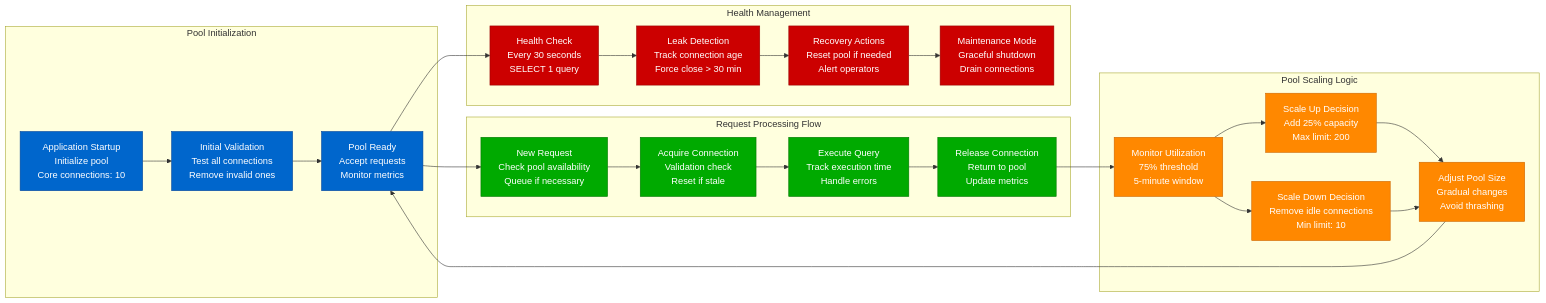
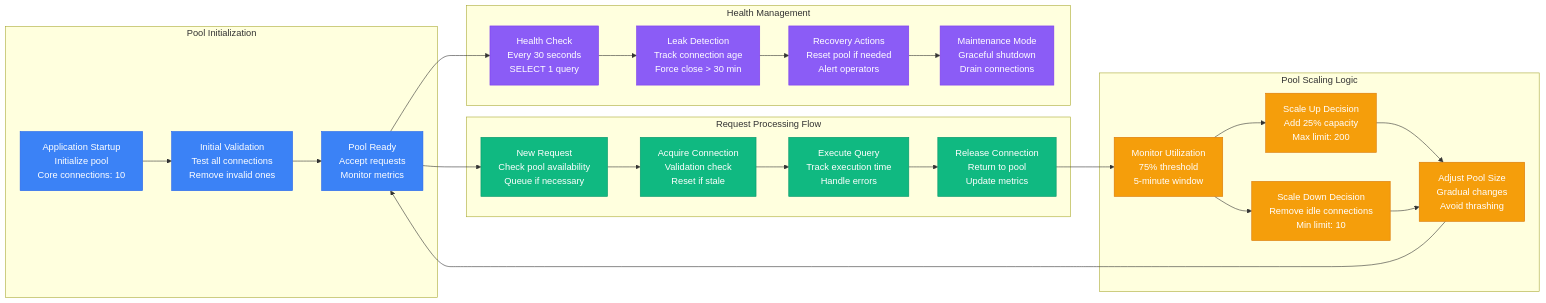
The second of 2 diagrams in site/docs/capacity/database-connection-pooling-optimization.md (deepaucksharma/DS), drawn with Mermaid before and after one commit. The commit also changed other lines of this file and 187 other files, not shown here.

````diff
--- a/site/docs/capacity/database-connection-pooling-optimization.md
+++ b/site/docs/capacity/database-connection-pooling-optimization.md
@@ -531,56 +531,56 @@
 ```mermaid
 graph LR
     subgraph PoolInitialization[Pool Initialization]
         STARTUP[Application Startup<br/>Initialize pool<br/>Core connections: 10]
         VALIDATE[Initial Validation<br/>Test all connections<br/>Remove invalid ones]
         READY[Pool Ready<br/>Accept requests<br/>Monitor metrics]
     end
 
     subgraph RequestProcessing[Request Processing Flow]
         REQUEST[New Request<br/>Check pool availability<br/>Queue if necessary]
         ACQUIRE[Acquire Connection<br/>Validation check<br/>Reset if stale]
         EXECUTE[Execute Query<br/>Track execution time<br/>Handle errors]
         RELEASE[Release Connection<br/>Return to pool<br/>Update metrics]
     end
 
     subgraph PoolScaling[Pool Scaling Logic]
         MONITOR[Monitor Utilization<br/>75% threshold<br/>5-minute window]
         SCALE_UP[Scale Up Decision<br/>Add 25% capacity<br/>Max limit: 200]
         SCALE_DOWN[Scale Down Decision<br/>Remove idle connections<br/>Min limit: 10]
         ADJUST[Adjust Pool Size<br/>Gradual changes<br/>Avoid thrashing]
     end
 
     subgraph HealthManagement[Health Management]
         HEALTH_CHECK[Health Check<br/>Every 30 seconds<br/>SELECT 1 query]
         LEAK_DETECTION[Leak Detection<br/>Track connection age<br/>Force close > 30 min]
         RECOVERY[Recovery Actions<br/>Reset pool if needed<br/>Alert operators]
         MAINTENANCE[Maintenance Mode<br/>Graceful shutdown<br/>Drain connections]
     end
 
     %% Flow connections
     STARTUP --> VALIDATE --> READY
     READY --> REQUEST
     REQUEST --> ACQUIRE --> EXECUTE --> RELEASE
     RELEASE --> MONITOR
 
     MONITOR --> SCALE_UP
     MONITOR --> SCALE_DOWN
     SCALE_UP --> ADJUST
     SCALE_DOWN --> ADJUST
     ADJUST --> READY
 
     READY --> HEALTH_CHECK
     HEALTH_CHECK --> LEAK_DETECTION
     LEAK_DETECTION --> RECOVERY
     RECOVERY --> MAINTENANCE
 
-    classDef initStyle fill:#0066CC,stroke:#004499,color:#fff
-    classDef processStyle fill:#00AA00,stroke:#007700,color:#fff
-    classDef scalingStyle fill:#FF8800,stroke:#CC6600,color:#fff
-    classDef healthStyle fill:#CC0000,stroke:#990000,color:#fff
+    classDef initStyle fill:#3B82F6,stroke:#2563EB,color:#fff
+    classDef processStyle fill:#10B981,stroke:#059669,color:#fff
+    classDef scalingStyle fill:#F59E0B,stroke:#D97706,color:#fff
+    classDef healthStyle fill:#8B5CF6,stroke:#7C3AED,color:#fff
 
     class STARTUP,VALIDATE,READY initStyle
     class REQUEST,ACQUIRE,EXECUTE,RELEASE processStyle
     class MONITOR,SCALE_UP,SCALE_DOWN,ADJUST scalingStyle
     class HEALTH_CHECK,LEAK_DETECTION,RECOVERY,MAINTENANCE healthStyle
 ```
````
